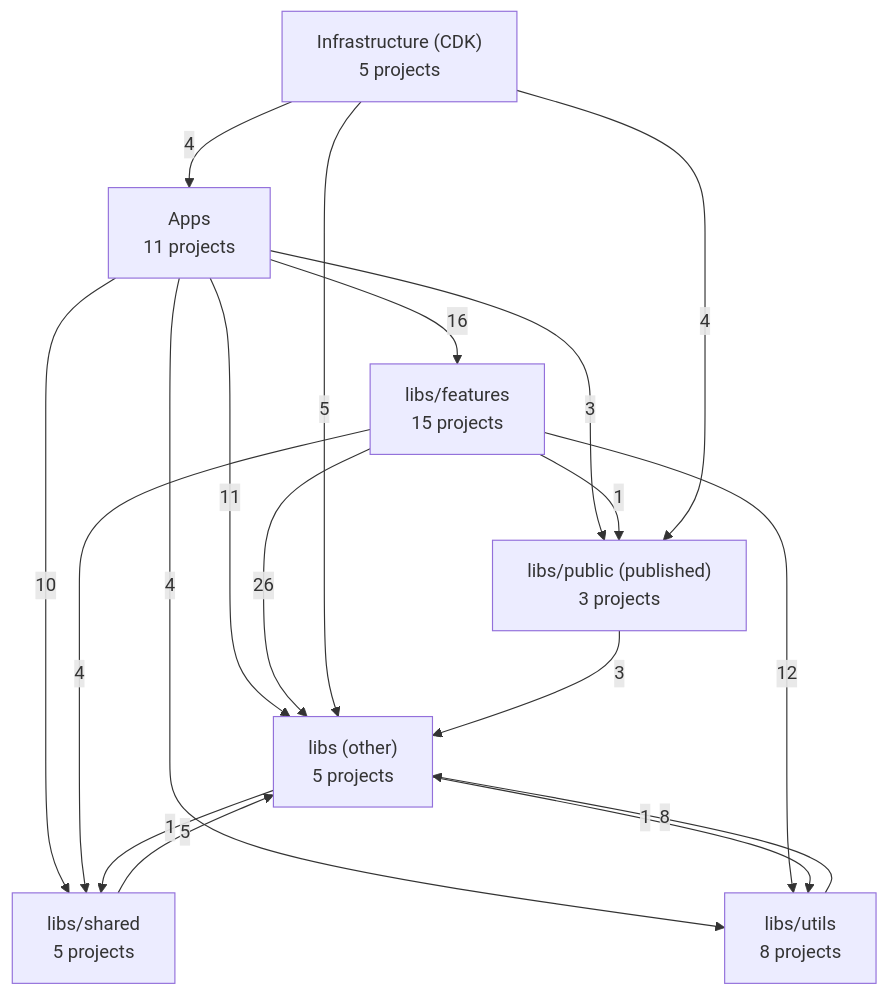
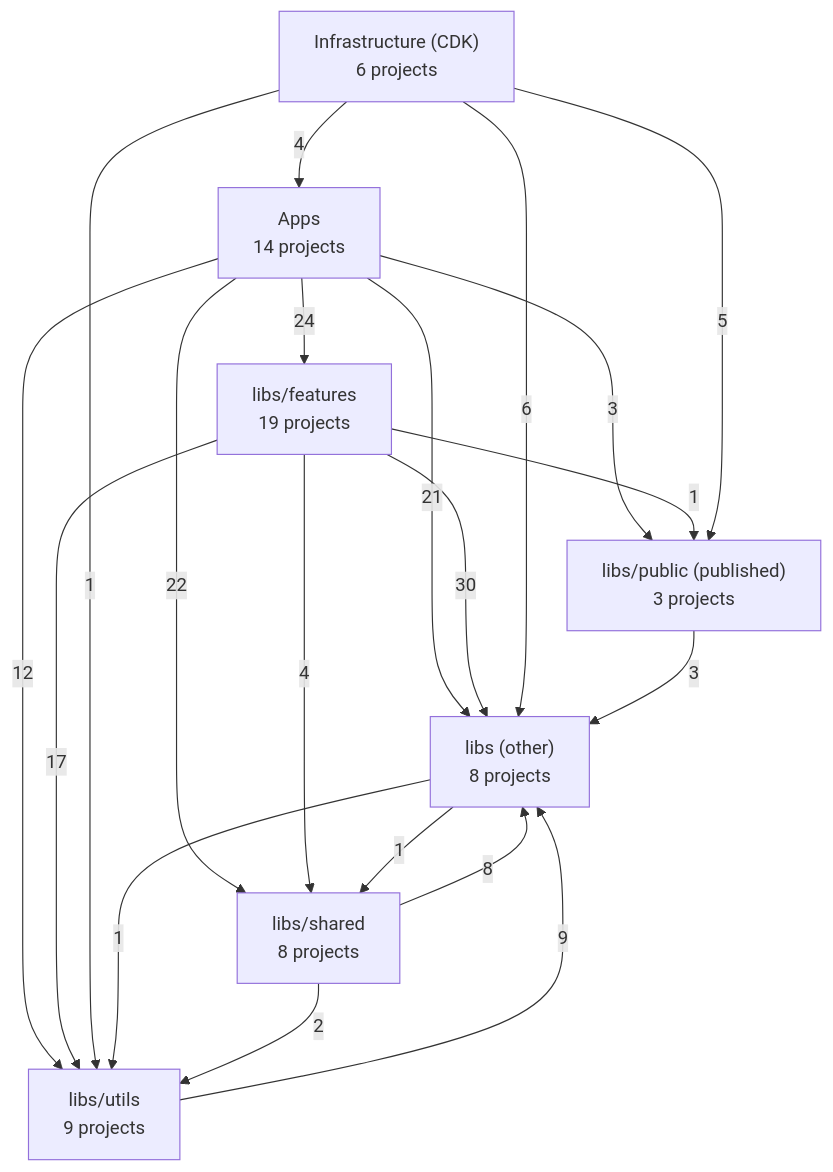
One commit to WolfSoko/wol-sok-mono changed the first of 4 diagrams in docs/architecture/README.md. Above: the diagram before and after it, drawn with Mermaid. The commit also changed other lines of this file and 1 other file, not shown here.

First line of the commit message:
docs(tools): 📚️ refresh architecture diagrams

````diff
--- a/docs/architecture/README.md
+++ b/docs/architecture/README.md
@@ -26,27 +26,29 @@
 ```mermaid
 flowchart TD
-  infra["Infrastructure (CDK)<br/>5 projects"]
-  apps["Apps<br/>11 projects"]
+  infra["Infrastructure (CDK)<br/>6 projects"]
+  apps["Apps<br/>14 projects"]
   public["libs/public (published)<br/>3 projects"]
-  features["libs/features<br/>15 projects"]
-  shared["libs/shared<br/>5 projects"]
-  utils["libs/utils<br/>8 projects"]
-  other["libs (other)<br/>5 projects"]
-  apps -- 16 --> features
-  apps -- 11 --> other
+  features["libs/features<br/>19 projects"]
+  shared["libs/shared<br/>8 projects"]
+  utils["libs/utils<br/>9 projects"]
+  other["libs (other)<br/>8 projects"]
+  apps -- 24 --> features
+  apps -- 21 --> other
   apps -- 3 --> public
-  apps -- 10 --> shared
-  apps -- 4 --> utils
-  features -- 26 --> other
+  apps -- 22 --> shared
+  apps -- 12 --> utils
+  features -- 30 --> other
   features -- 1 --> public
   features -- 4 --> shared
-  features -- 12 --> utils
+  features -- 17 --> utils
   infra -- 4 --> apps
-  infra -- 5 --> other
-  infra -- 4 --> public
+  infra -- 6 --> other
+  infra -- 5 --> public
+  infra -- 1 --> utils
   other -- 1 --> shared
   other -- 1 --> utils
   public -- 3 --> other
-  shared -- 5 --> other
-  utils -- 8 --> other
+  shared -- 8 --> other
+  shared -- 2 --> utils
+  utils -- 9 --> other
 ```
````
